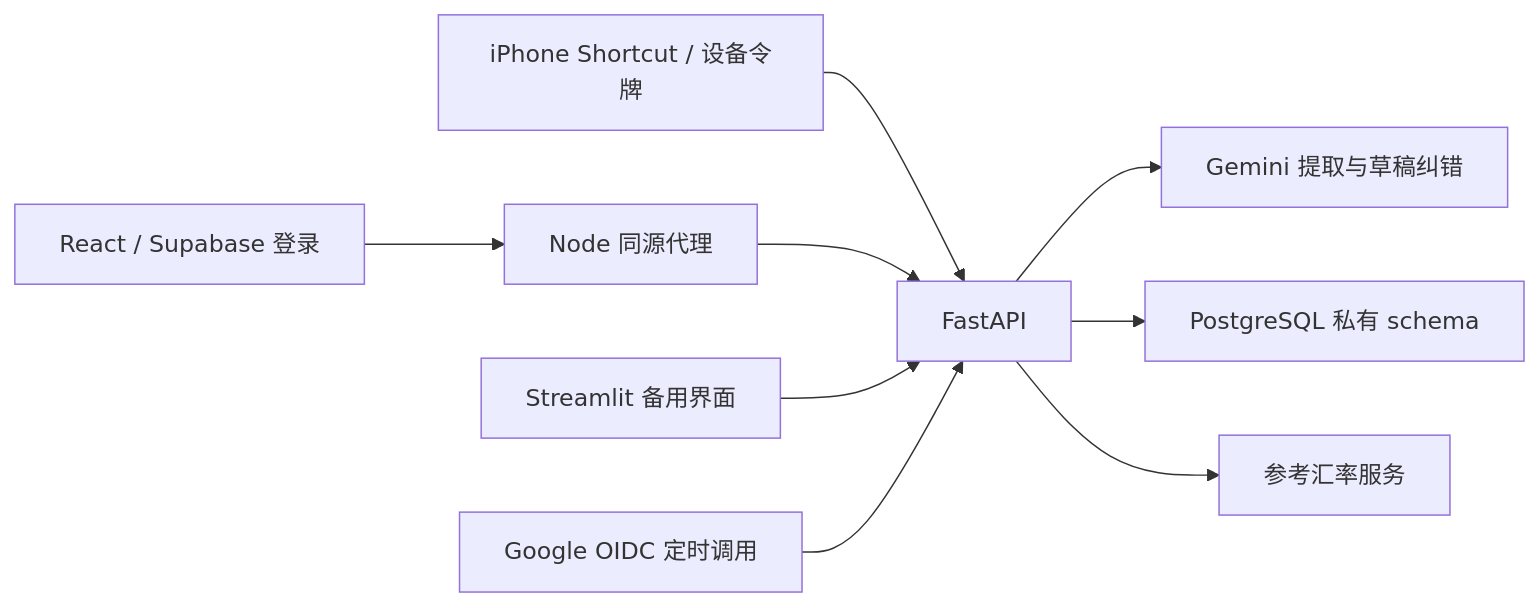
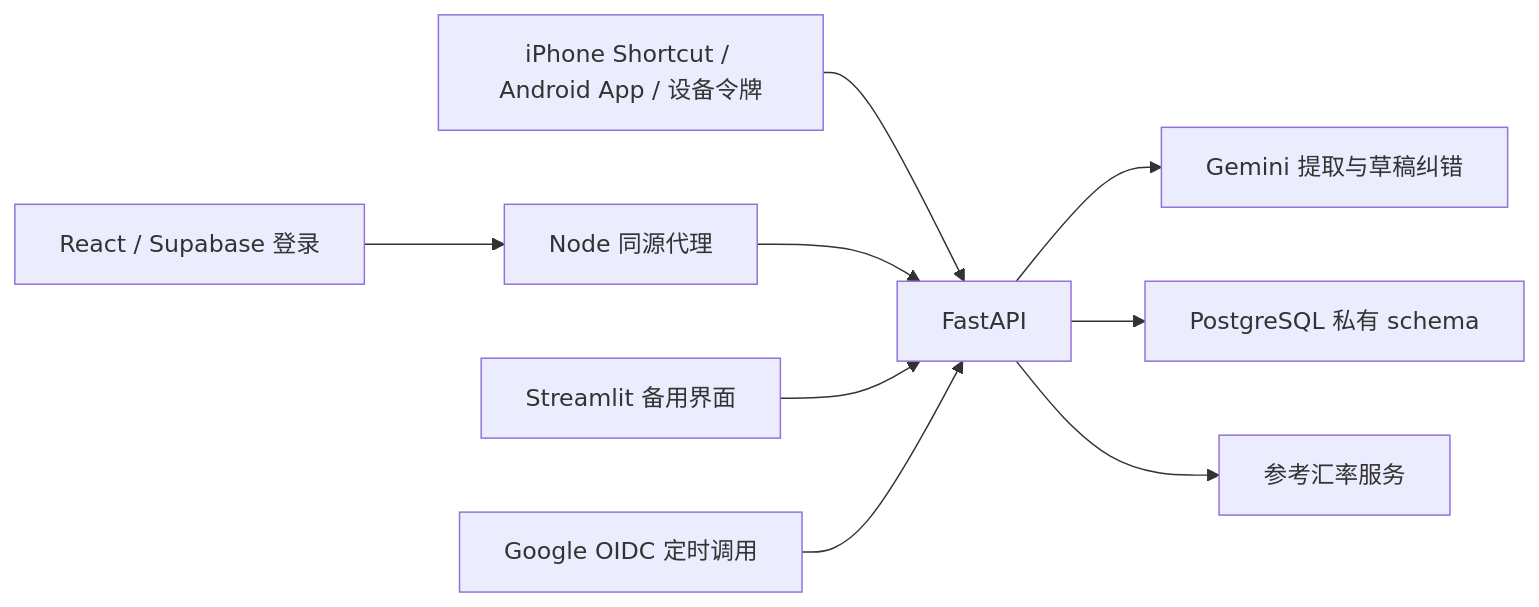
The diagram in README.md (xuesishen9587-del/VibeLedger), drawn with Mermaid before and after one commit. The commit also changed 6 other files, not shown here.

````diff
--- a/README.md
+++ b/README.md
@@ -24,11 +24,11 @@
 ```mermaid
 flowchart LR
-    Phone[iPhone Shortcut / 设备令牌] --> API[FastAPI]
+    Phone[iPhone Shortcut / Android App / 设备令牌] --> API[FastAPI]
     Browser[React / Supabase 登录] --> Web[Node 同源代理]
     Web --> API
     Fallback[Streamlit 备用界面] --> API
     API --> AI[Gemini 提取与草稿纠错]
     API --> DB[PostgreSQL 私有 schema]
     API --> FX[参考汇率服务]
     Job[Google OIDC 定时调用] --> API
 ```
````
